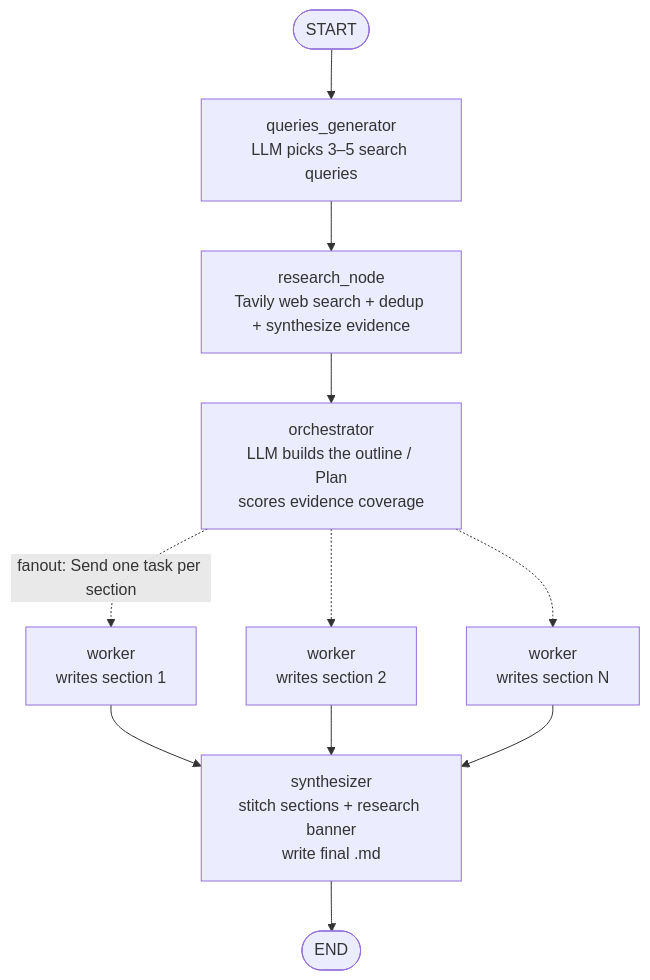
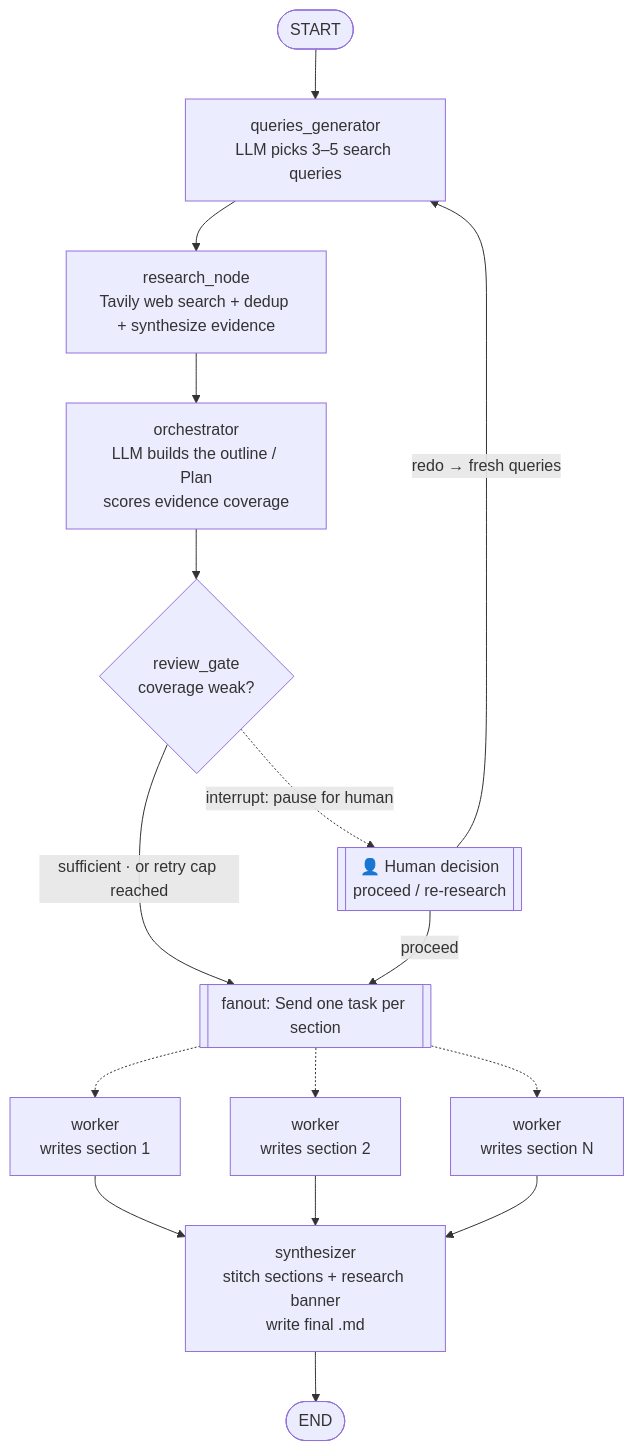
Before and after one commit to DEV270201/Blogging-Agent: the first of 2 diagrams in README.md, drawn with Mermaid. The commit also changed other lines of this file, not shown here.

````diff
--- a/README.md
+++ b/README.md
@@ -28,13 +42,18 @@
 ```mermaid
 flowchart TD
     START([START]) --> QG[queries_generator<br/>LLM picks 3–5 search queries]
     QG --> RN[research_node<br/>Tavily web search + dedup + synthesize evidence]
     RN --> ORC[orchestrator<br/>LLM builds the outline / Plan<br/>scores evidence coverage]
-    ORC -.->|fanout: Send one task per section| W1[worker<br/>writes section 1]
-    ORC -.-> W2[worker<br/>writes section 2]
-    ORC -.-> W3[worker<br/>writes section N]
+    ORC --> RG{review_gate<br/>coverage weak?}
+    RG -->|sufficient · or retry cap reached| FO
+    RG -. interrupt: pause for human .-> HITL[[👤 Human decision<br/>proceed / re-research]]
+    HITL -->|proceed| FO
+    HITL -->|redo → fresh queries| QG
+    FO[[fanout: Send one task per section]] -.-> W1[worker<br/>writes section 1]
+    FO -.-> W2[worker<br/>writes section 2]
+    FO -.-> W3[worker<br/>writes section N]
     W1 --> SYN[synthesizer<br/>stitch sections + research banner<br/>write final .md]
     W2 --> SYN
     W3 --> SYN
     SYN --> END([END])
 ```
````
